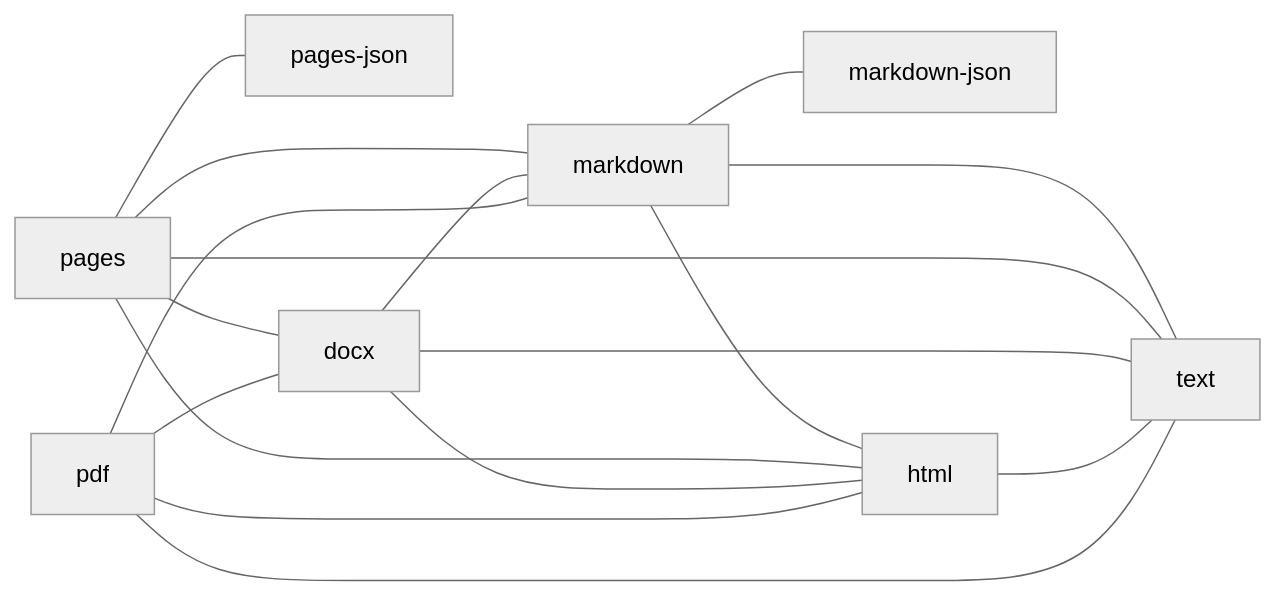
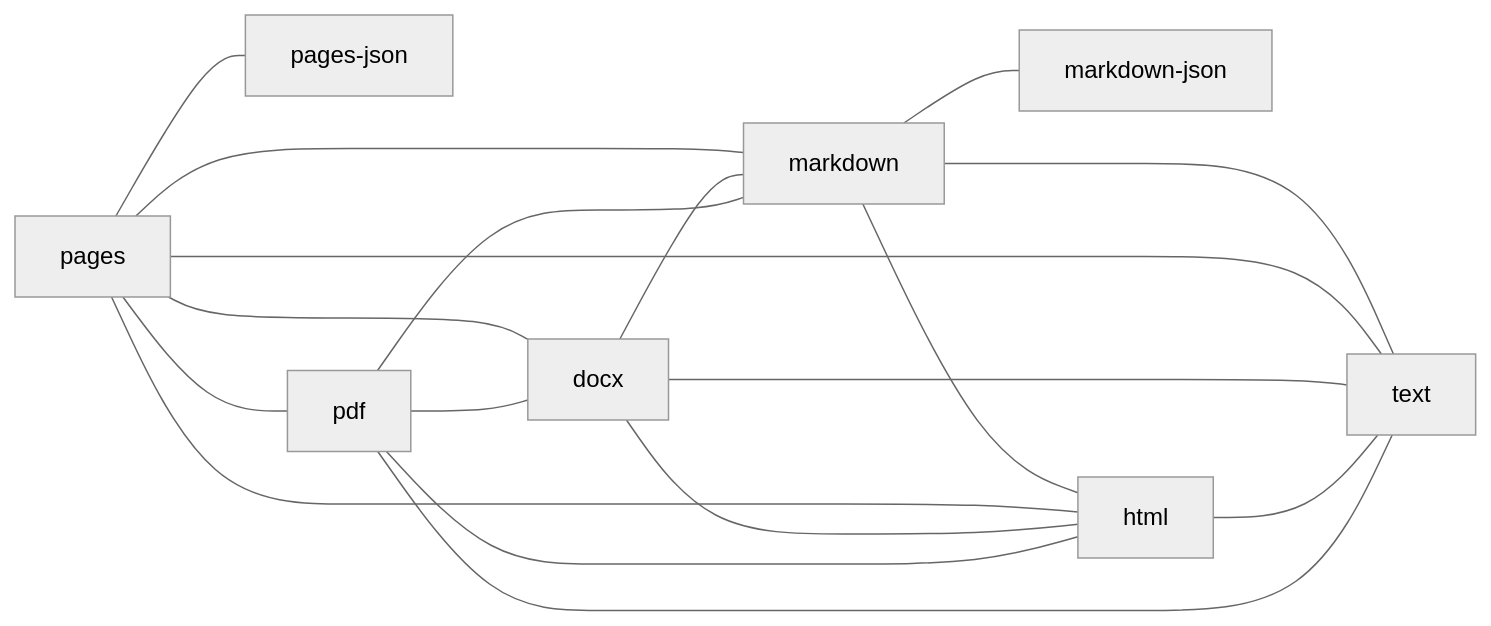
Before and after one commit to Chimi6/Sublime: the second of 4 diagrams in DOCS/FORMATS.md, drawn with Mermaid (neutral theme). The commit also changed other lines of this file and 14 other files, not shown here.

Commit message:
feat: PDF from Markdown, HTML, text, Word, and Pages

````diff
--- a/DOCS/FORMATS.md
+++ b/DOCS/FORMATS.md
@@ -42,21 +42,22 @@
 ```mermaid
 graph LR
   markdown_json["markdown-json"]
   pages_json["pages-json"]
   markdown --- html
   markdown --- text
   markdown --- markdown_json
   pages --- pages_json
   pages --- docx
   pages --- markdown
   pages --- html
   pages --- text
   docx --- markdown
   docx --- html
   docx --- text
   html --- text
   pdf --- text
   pdf --- markdown
   pdf --- html
   pdf --- docx
+  pages --- pdf
 ```
````
